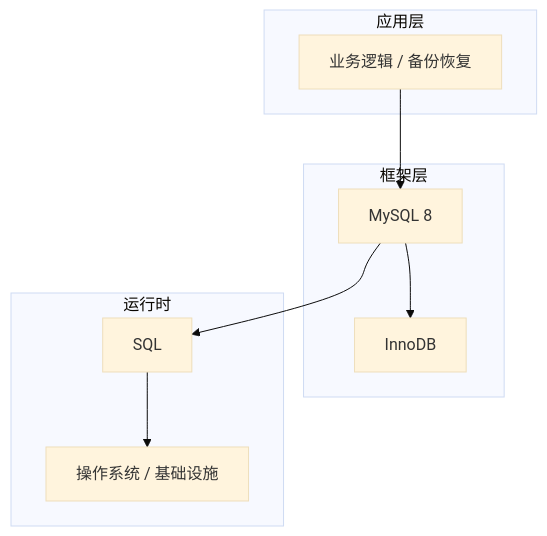
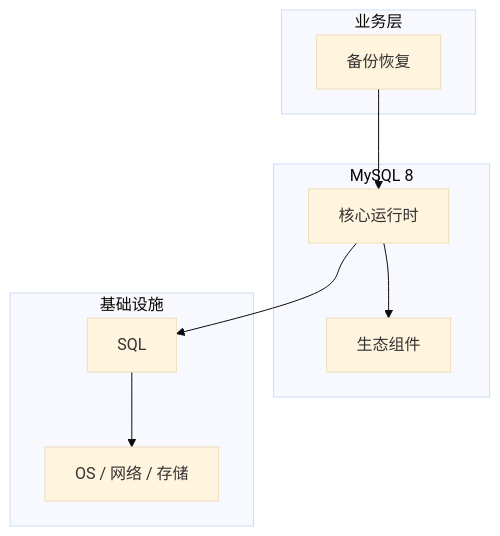
One commit to yanggan2015/knowledge-json-v2 changed the diagram in articles/MySQL/chapters/151-备份恢复核心概念与原理.md. Above: the diagram before and after it, drawn with Mermaid (base theme). The commit also changed other lines of this file and 10127 other files, not shown here.

````diff
--- a/articles/MySQL/chapters/151-备份恢复核心概念与原理.md
+++ b/articles/MySQL/chapters/151-备份恢复核心概念与原理.md
@@ -45,18 +34,18 @@
 ```mermaid
 graph TB
-    subgraph 应用层
-        A[业务逻辑 / 备份恢复]
+    subgraph 业务层
+        A[备份恢复]
     end
-    subgraph 框架层
-        B[MySQL 8]
-        C[InnoDB]
+    subgraph MySQL 8
+        B[核心运行时]
+        C[生态组件]
     end
-    subgraph 运行时
+    subgraph 基础设施
         D[SQL]
-        E[操作系统 / 基础设施]
+        E[OS / 网络 / 存储]
     end
     A --> B
     B --> C
     B --> D
     D --> E
 ```
````
